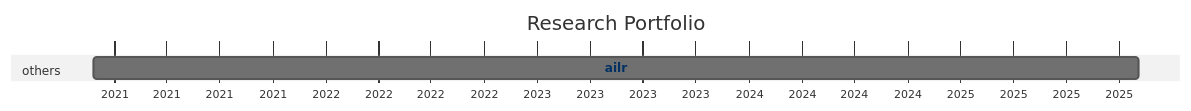
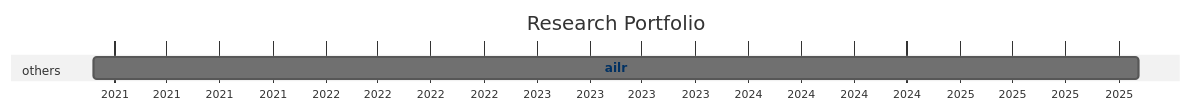
One commit to digital-work-lab/handbook changed the diagram in docs/20-research/25-projects-gantt.md. Above: the diagram before and after it, drawn with Mermaid (neutral theme).

Commit message:
Update repository overview

````diff
--- a/docs/20-research/25-projects-gantt.md
+++ b/docs/20-research/25-projects-gantt.md
@@ -8,21 +8,21 @@
 ```mermaid
 ---
 displayMode: compact
 ---
 gantt
 title Research Portfolio
 dateFormat YYYY-MM-DD
 axisFormat %Y
 
     section work_practices
 
     section distributed_organizing
 
     section knowledge_synthesis
 
     section others
-        ailr :ailr, 2020-11-26, 2025-11-04
+        ailr :ailr, 2020-11-26, 2025-11-05
 
 
     click ailr href "{{ site.baseurl }}/docs/10-lab/18-resources/ailr.html"
 ```
````
